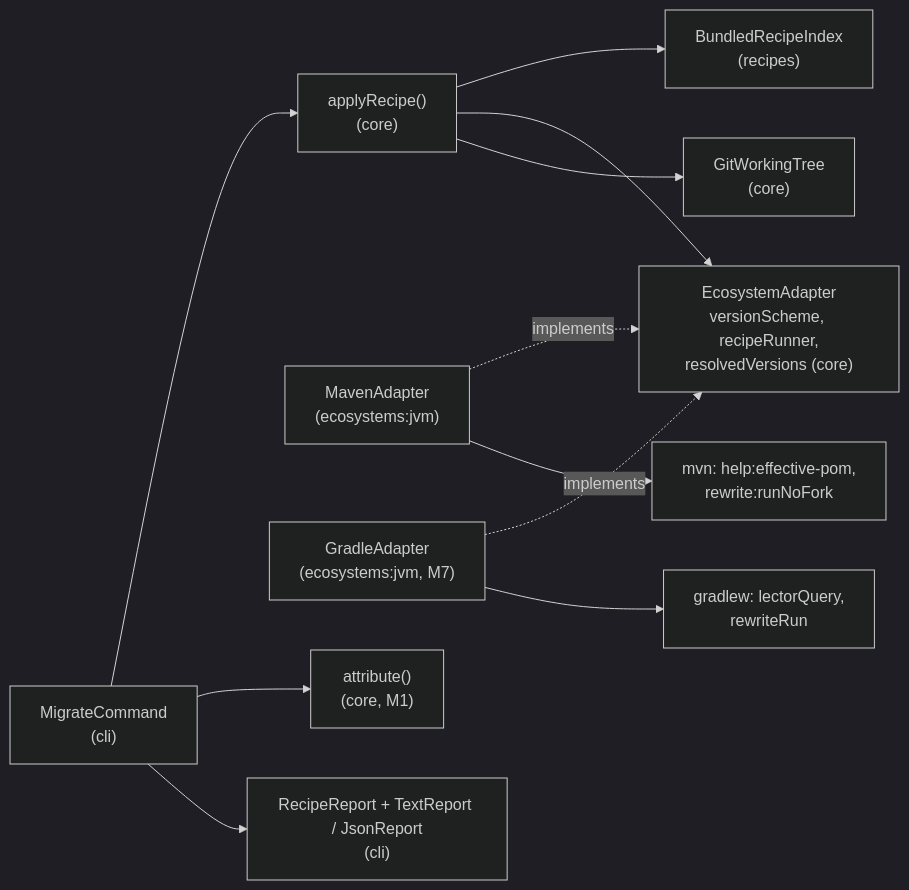
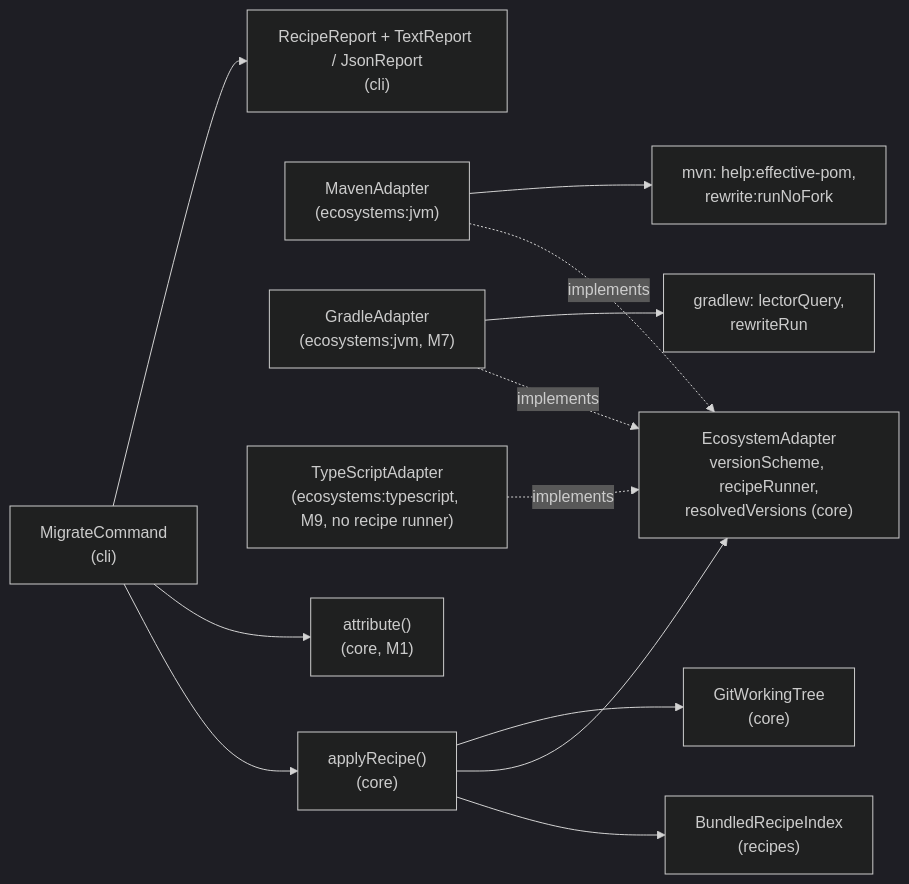
The first of 4 diagrams in docs/architecture/recipe-migration.md (danvan86/lector-ai), drawn with Mermaid (dark theme) before and after one commit. The commit also changed other lines of this file and 9 other files, not shown here.

First line of the commit message:
docs(architecture): document the TypeScript adapter and sync the docs with M9

````diff
--- a/docs/architecture/recipe-migration.md
+++ b/docs/architecture/recipe-migration.md
@@ -17,13 +17,14 @@
 ```mermaid
 flowchart LR
     cli["MigrateCommand<br/>(cli)"] --> step["applyRecipe()<br/>(core)"]
     step --> index["BundledRecipeIndex<br/>(recipes)"]
     step --> port["EcosystemAdapter<br/>versionScheme, recipeRunner,<br/>resolvedVersions (core)"]
     maven["MavenAdapter<br/>(ecosystems:jvm)"] -. implements .-> port
     gradle["GradleAdapter<br/>(ecosystems:jvm, M7)"] -. implements .-> port
+    ts["TypeScriptAdapter<br/>(ecosystems:typescript, M9, no recipe runner)"] -. implements .-> port
     step --> tree["GitWorkingTree<br/>(core)"]
     cli --> attr["attribute()<br/>(core, M1)"]
     maven --> mvn["mvn: help:effective-pom,<br/>rewrite:runNoFork"]
     gradle --> gradlew["gradlew: lectorQuery,<br/>rewriteRun"]
     cli --> report["RecipeReport + TextReport / JsonReport<br/>(cli)"]
 ```
````
